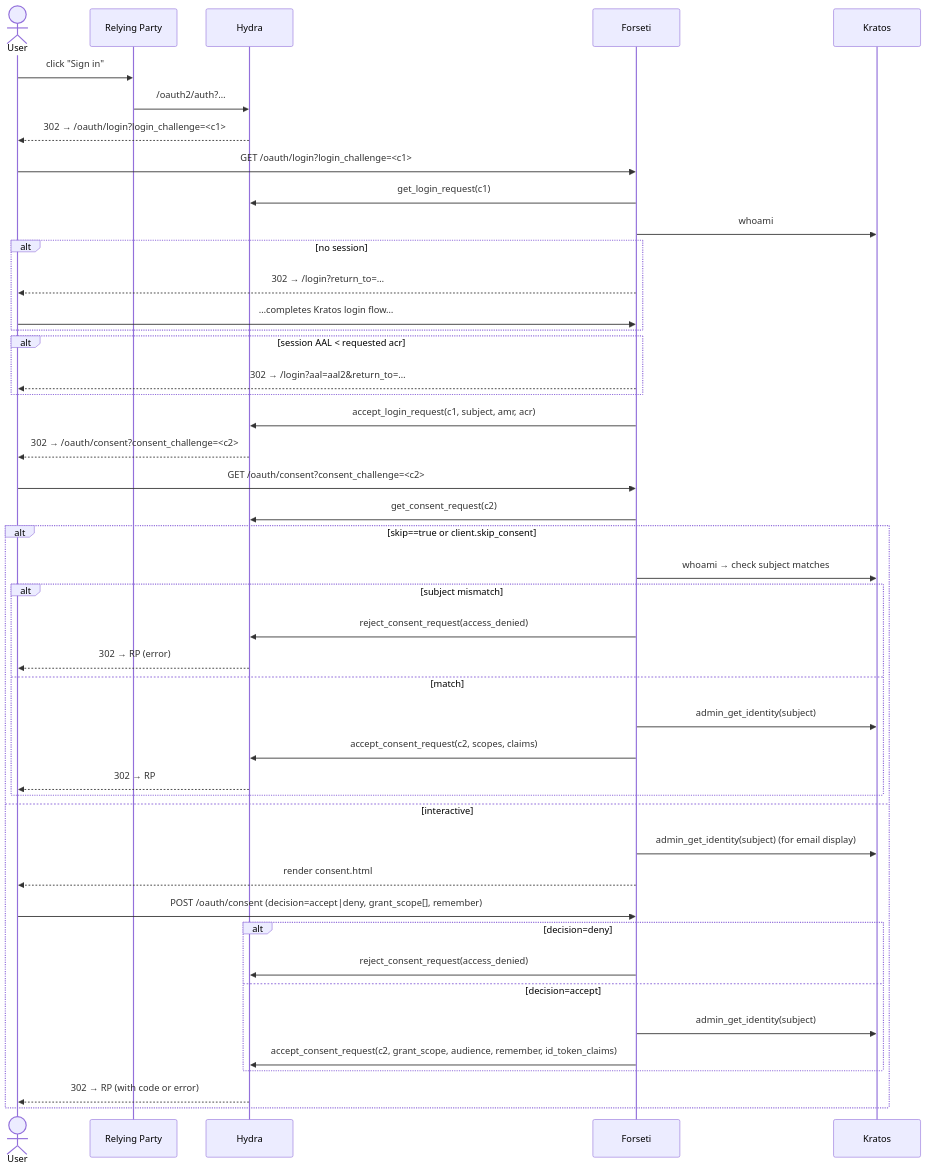
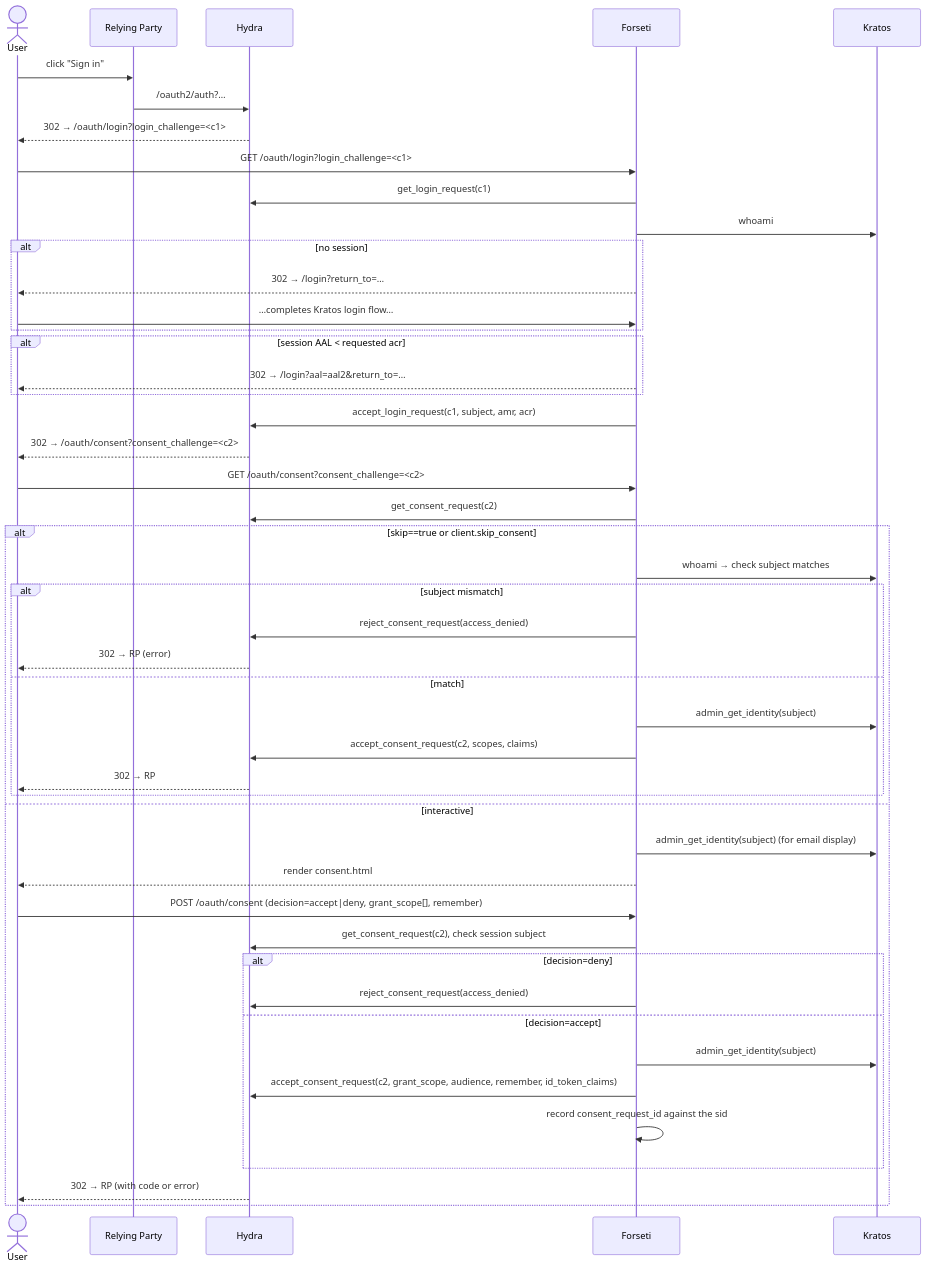
The tenth of 22 diagrams in docs/dev/flows.md (franzos/forseti), drawn with Mermaid before and after one commit. The commit also changed other lines of this file and 172 other files, not shown here.

````diff
--- a/docs/dev/flows.md
+++ b/docs/dev/flows.md
@@ -975,47 +1065,49 @@
 ```mermaid
 sequenceDiagram
     actor U as User
     participant RP as Relying Party
     participant H as Hydra
     participant P as Forseti
     participant K as Kratos
     U->>RP: click "Sign in"
     RP->>H: /oauth2/auth?…
     H-->>U: 302 → /oauth/login?login_challenge=<c1>
     U->>P: GET /oauth/login?login_challenge=<c1>
     P->>H: get_login_request(c1)
     P->>K: whoami
     alt no session
         P-->>U: 302 → /login?return_to=…
         U->>P: …completes Kratos login flow…
     end
     alt session AAL < requested acr
         P-->>U: 302 → /login?aal=aal2&return_to=…
     end
     P->>H: accept_login_request(c1, subject, amr, acr)
     H-->>U: 302 → /oauth/consent?consent_challenge=<c2>
     U->>P: GET /oauth/consent?consent_challenge=<c2>
     P->>H: get_consent_request(c2)
     alt skip==true or client.skip_consent
         P->>K: whoami → check subject matches
         alt subject mismatch
             P->>H: reject_consent_request(access_denied)
             H-->>U: 302 → RP (error)
         else match
             P->>K: admin_get_identity(subject)
             P->>H: accept_consent_request(c2, scopes, claims)
             H-->>U: 302 → RP
         end
     else interactive
         P->>K: admin_get_identity(subject) (for email display)
         P-->>U: render consent.html
         U->>P: POST /oauth/consent (decision=accept|deny, grant_scope[], remember)
+        P->>H: get_consent_request(c2), check session subject
         alt decision=deny
             P->>H: reject_consent_request(access_denied)
         else decision=accept
             P->>K: admin_get_identity(subject)
             P->>H: accept_consent_request(c2, grant_scope, audience, remember, id_token_claims)
+            P->>P: record consent_request_id against the sid
         end
         H-->>U: 302 → RP (with code or error)
     end
 ```
````
